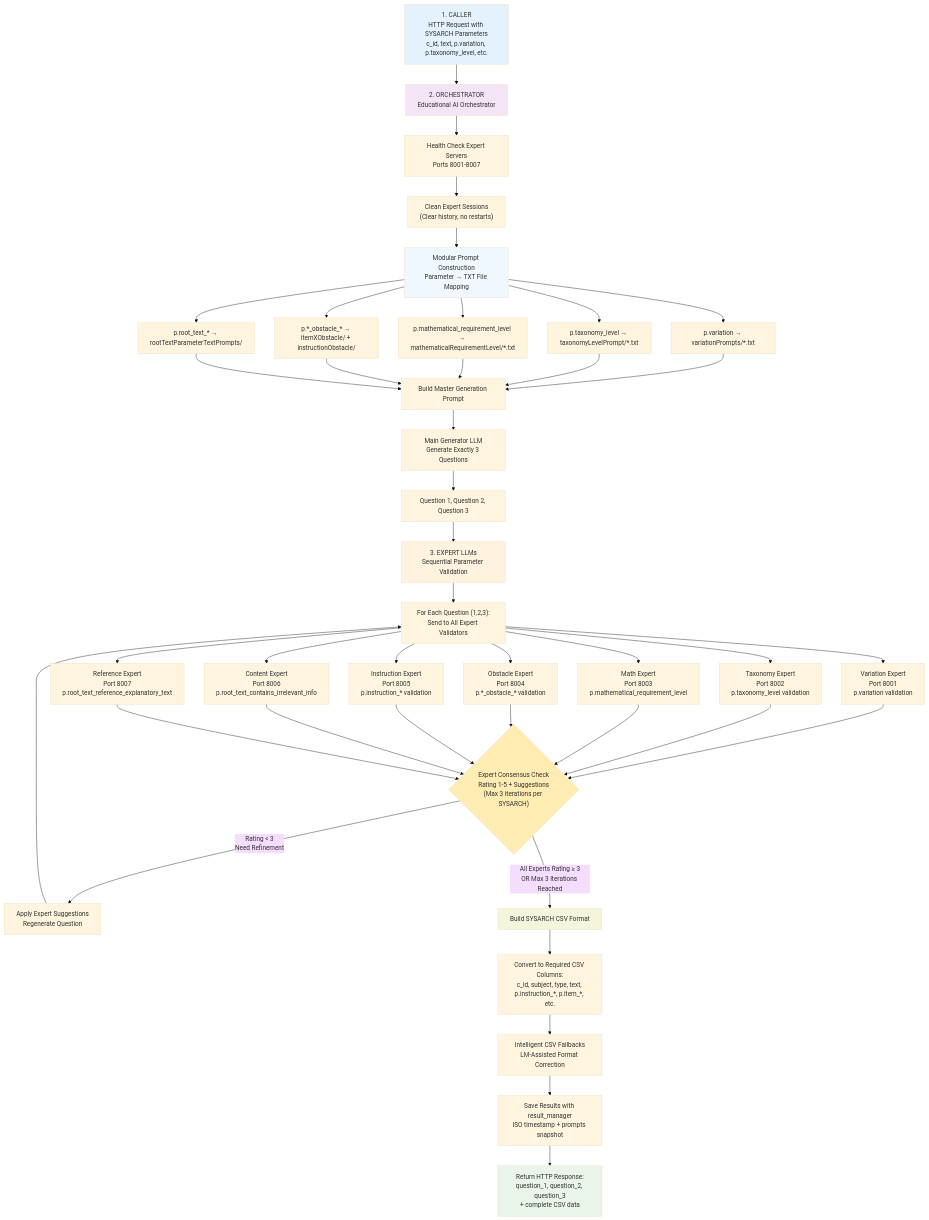
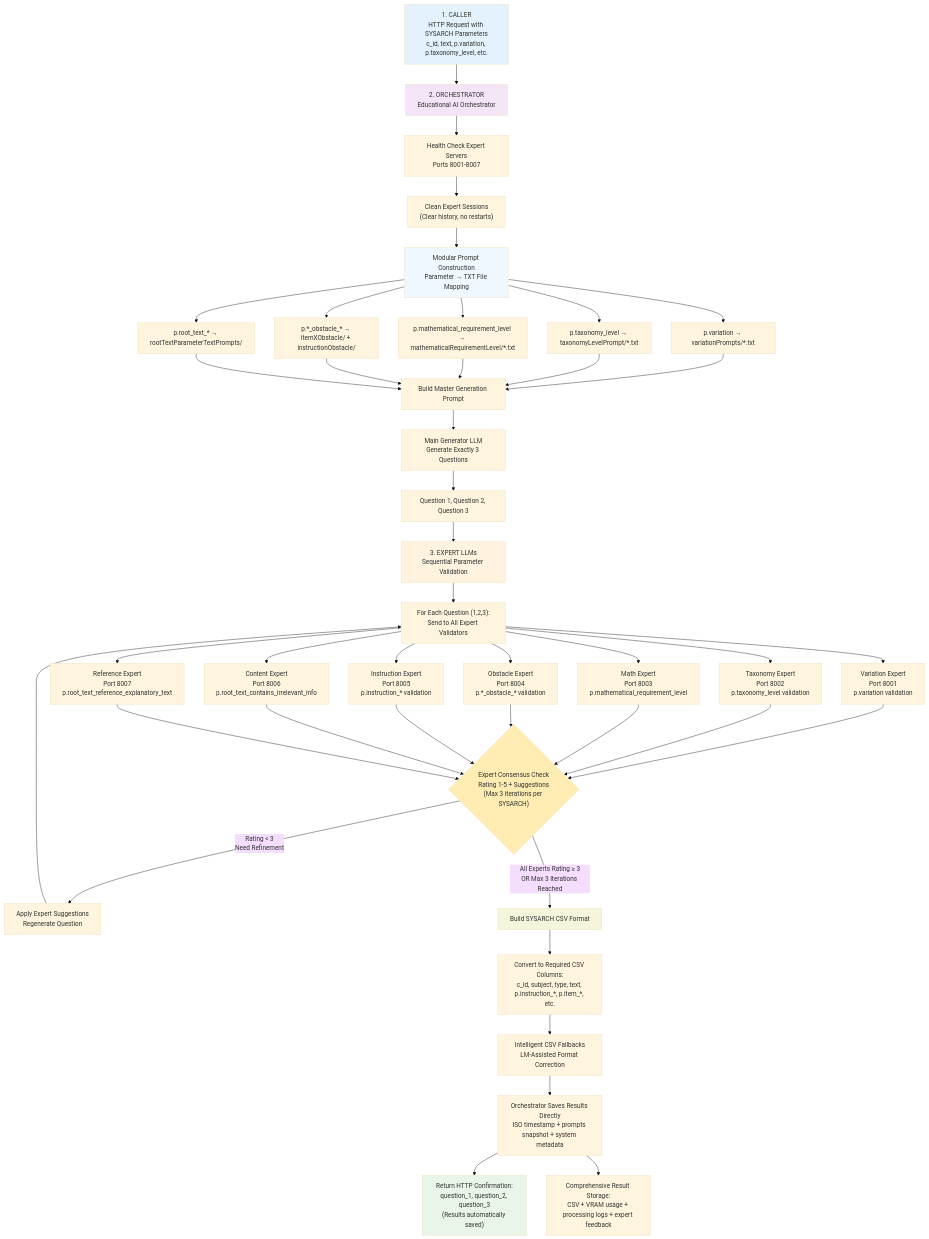
Before and after one commit to mklemmingen/ALEE: the diagram in README.md, drawn with Mermaid (base theme). The commit also changed other lines of this file and 5 other files, not shown here.

Commit message:
Furthered educational AI orchestrator with result management integration, improved logging, and refined response parsing for validation plan generation. Updated Docu.

````diff
--- a/README.md
+++ b/README.md
@@ -21,61 +18,62 @@
 ```mermaid
 graph TD
     A["1. CALLER<br/>HTTP Request with SYSARCH Parameters<br/>c_id, text, p.variation, p.taxonomy_level, etc."] --> B["2. ORCHESTRATOR<br/>Educational AI Orchestrator"]
     
     B --> B1["Health Check Expert Servers<br/>Ports 8001-8007"]
     B1 --> B2["Clean Expert Sessions<br/>(Clear history, no restarts)"]
     B2 --> B3["Modular Prompt Construction<br/>Parameter → TXT File Mapping"]
     
     B3 --> B3A["p.variation → variationPrompts/*.txt"]
     B3 --> B3B["p.taxonomy_level → taxonomyLevelPrompt/*.txt"]  
     B3 --> B3C["p.mathematical_requirement_level → mathematicalRequirementLevel/*.txt"]
     B3 --> B3D["p.*_obstacle_* → itemXObstacle/ + instructionObstacle/"]
     B3 --> B3E["p.root_text_* → rootTextParameterTextPrompts/"]
     
     B3A --> B4["Build Master Generation Prompt"]
     B3B --> B4
     B3C --> B4
     B3D --> B4
     B3E --> B4
     
     B4 --> B5["Main Generator LLM<br/>Generate Exactly 3 Questions"]
     B5 --> B6["Question 1, Question 2, Question 3"]
     
     B6 --> C["3. EXPERT LLMs<br/>Sequential Parameter Validation"]
     
     C --> C1["For Each Question (1,2,3):<br/>Send to All Expert Validators"]
     
     C1 --> D["Variation Expert<br/>Port 8001<br/>p.variation validation"]
     C1 --> E["Taxonomy Expert<br/>Port 8002<br/>p.taxonomy_level validation"] 
     C1 --> F["Math Expert<br/>Port 8003<br/>p.mathematical_requirement_level"]
     C1 --> G["Obstacle Expert<br/>Port 8004<br/>p.*_obstacle_* validation"]
     C1 --> H["Instruction Expert<br/>Port 8005<br/>p.instruction_* validation"]
     C1 --> I["Content Expert<br/>Port 8006<br/>p.root_text_contains_irrelevant_info"]
     C1 --> J["Reference Expert<br/>Port 8007<br/>p.root_text_reference_explanatory_text"]
     
     D --> K{"Expert Consensus Check<br/>Rating 1-5 + Suggestions<br/>(Max 3 iterations per SYSARCH)"}
     E --> K
     F --> K
     G --> K
     H --> K
     I --> K
     J --> K
     
     K -->|"Rating < 3<br/>Need Refinement"| L["Apply Expert Suggestions<br/>Regenerate Question"]
     L --> C1
     K -->|"All Experts Rating ≥ 3<br/>OR Max 3 Iterations Reached"| M["Build SYSARCH CSV Format"]
     
     M --> M1["Convert to Required CSV Columns:<br/>c_id, subject, type, text, p.instruction_*, p.item_*, etc."]
     M1 --> M2["Intelligent CSV Fallbacks<br/>LM-Assisted Format Correction"]
-    M2 --> M3["Save Results with result_manager<br/>ISO timestamp + prompts snapshot"]
+    M2 --> M3["Orchestrator Saves Results Directly<br/>ISO timestamp + prompts snapshot + system metadata"]
     
-    M3 --> N["Return HTTP Response:<br/>question_1, question_2, question_3<br/>+ complete CSV data"]
+    M3 --> N["Return HTTP Confirmation:<br/>question_1, question_2, question_3<br/>(Results automatically saved)"]
+    M3 --> M4["Comprehensive Result Storage:<br/>CSV + VRAM usage + processing logs + expert feedback"]
     
     style A fill:#e3f2fd
     style B fill:#f3e5f5
     style C fill:#fff3e0
     style N fill:#e8f5e8
     style K fill:#ffecb3
     style B3 fill:#f0f8ff
     style M fill:#f5f5dc
 ```
````
